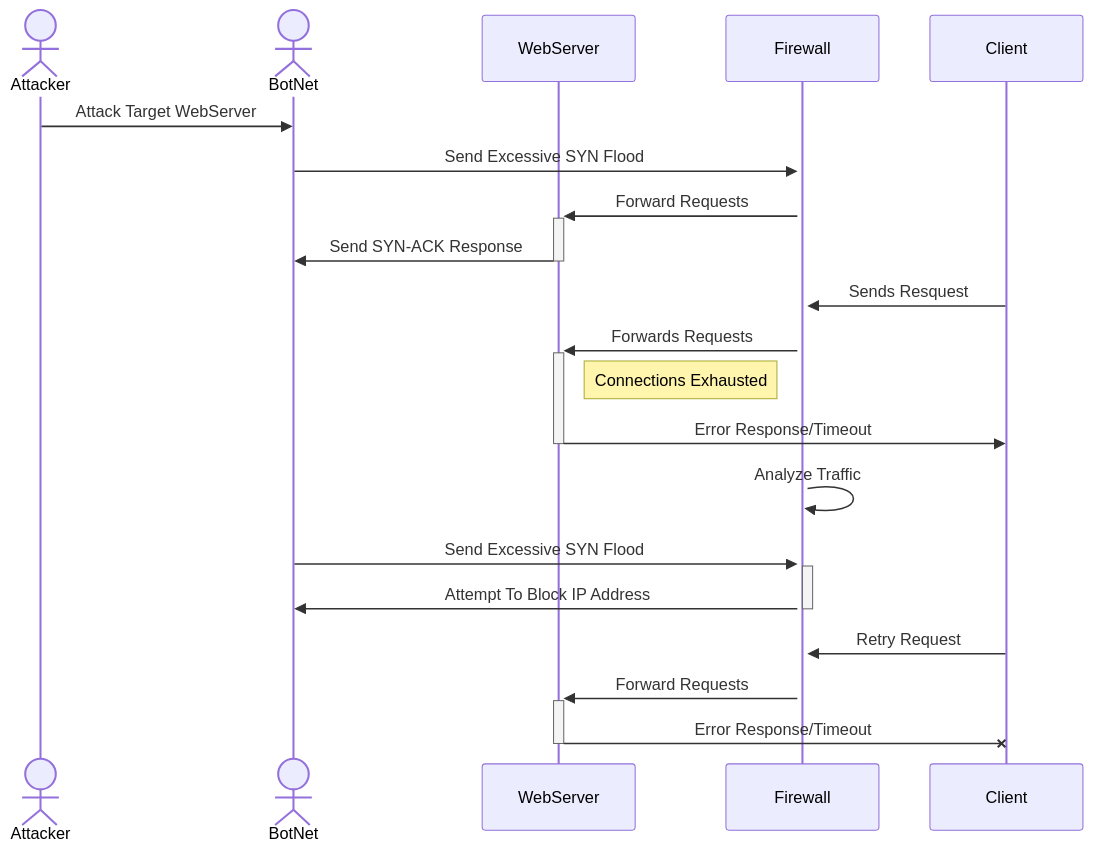
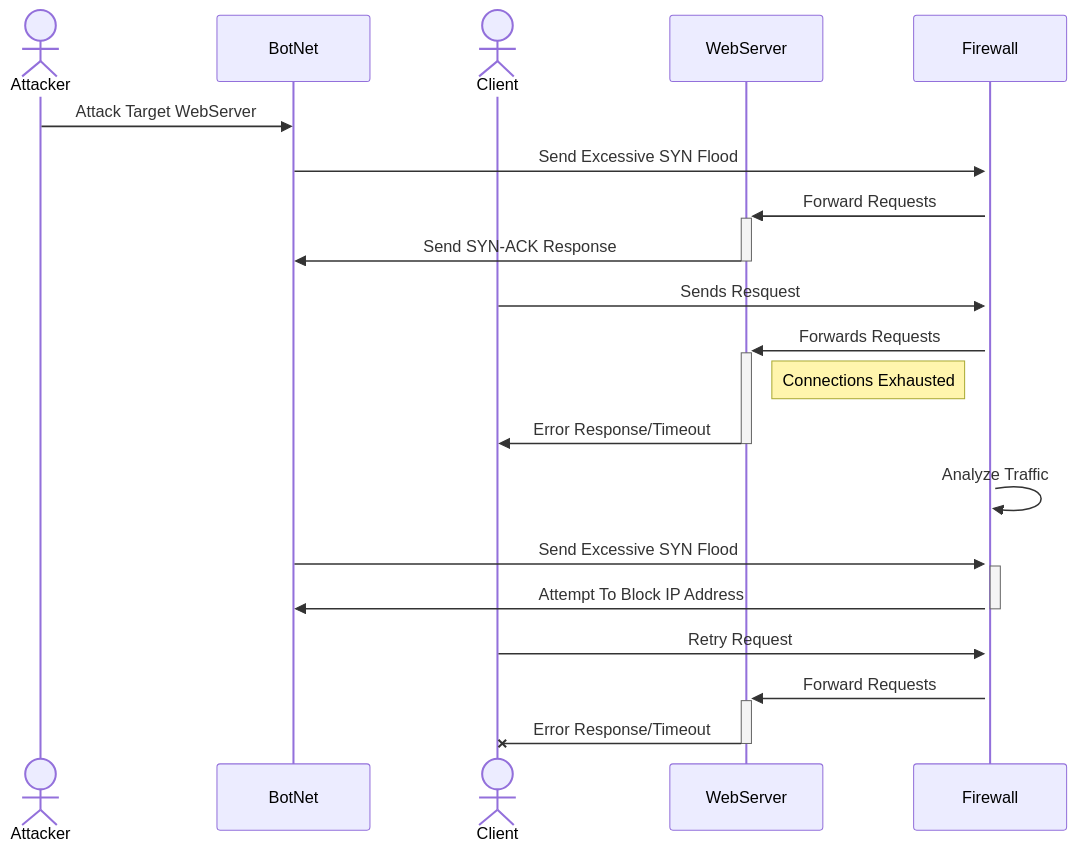
The diagram in DDoS_Attack_Sequence.md (DesHeaden/desheaden.github.io), drawn with Mermaid before and after one commit. The commit also changed other lines of this file, not shown here.

````diff
--- a/DDoS_Attack_Sequence.md
+++ b/DDoS_Attack_Sequence.md
@@ -3,23 +3,24 @@
 ```mermaid
 sequenceDiagram
 Actor Attacker
-Actor BotNet
-participant WebServer
+Participant BotNet
+Actor Client
+Participant WebServer
 participant Firewall
 
   Attacker->>BotNet: Attack Target WebServer
   BotNet->>+Firewall: Send Excessive SYN Flood
   Firewall->>+WebServer: Forward Requests
   WebServer->>-BotNet: Send SYN-ACK Response
   Client->>Firewall: Sends Resquest
   Firewall->>+WebServer: Forwards Requests
   note right of WebServer: Connections Exhausted
   WebServer->>-Client: Error Response/Timeout
   Firewall->>Firewall: Analyze Traffic
   BotNet->>+Firewall: Send Excessive SYN Flood
   Firewall->>-BotNet: Attempt To Block IP Address
   Client->>Firewall: Retry Request
   Firewall->>+WebServer: Forward Requests
   WebServer-x-Client: Error Response/Timeout
   
 ``` 
````
